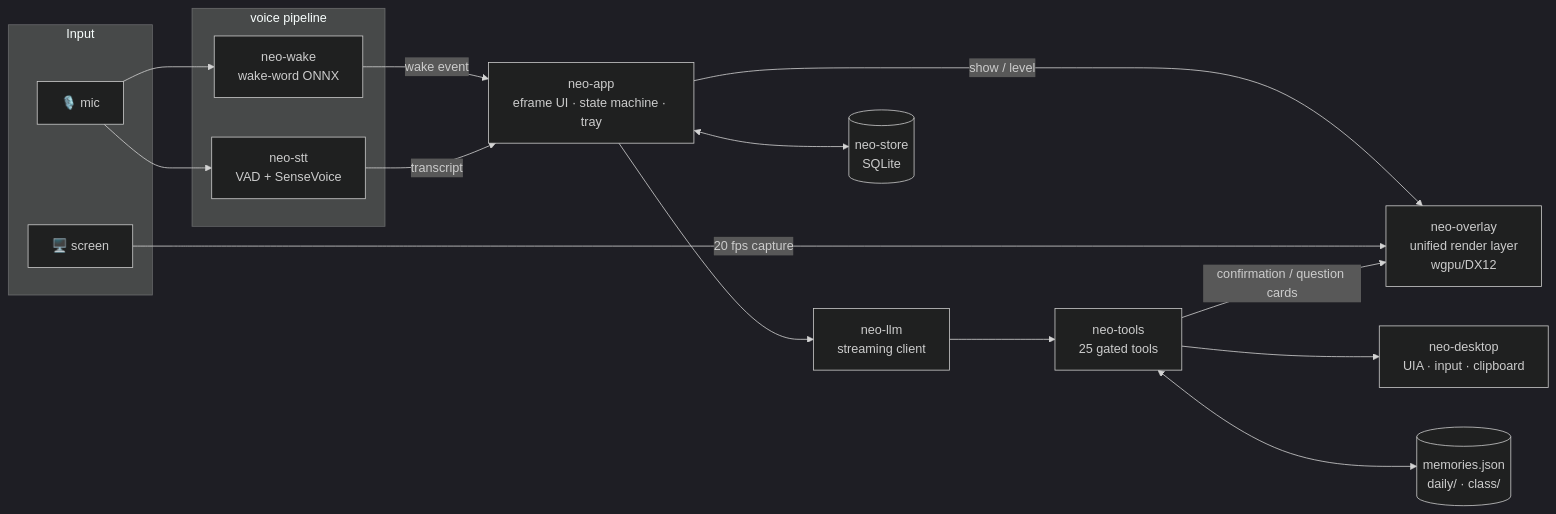
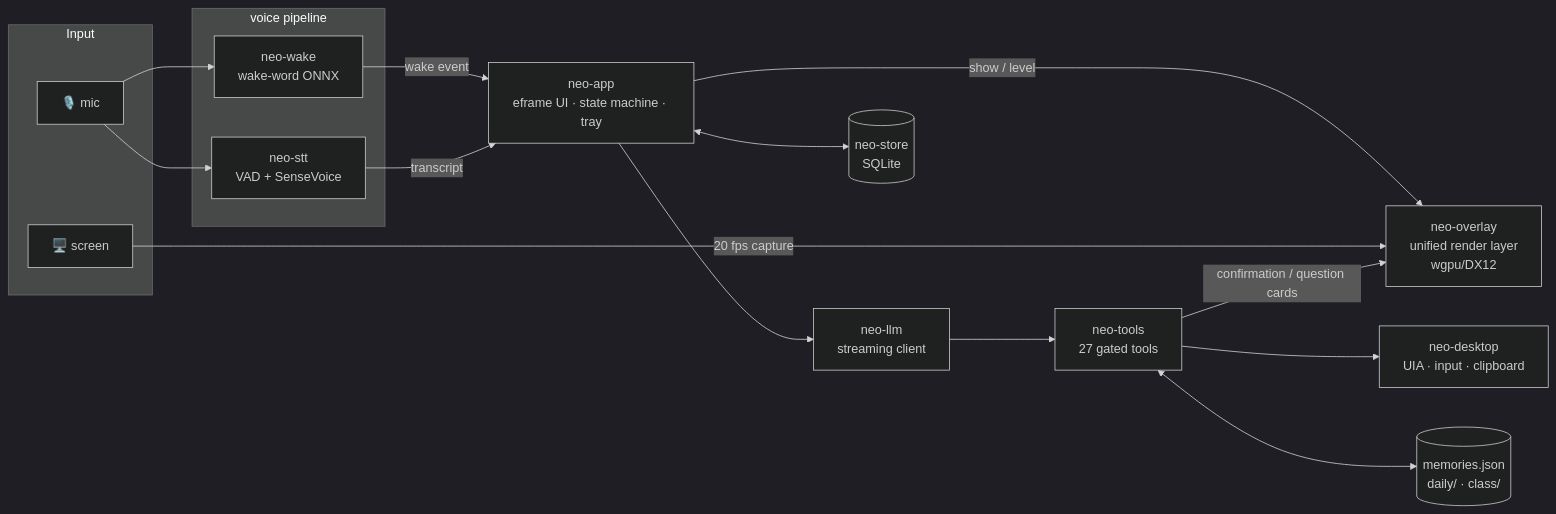
Before and after one commit to ChidcGithub/Neo: the second of 4 diagrams in README.md, drawn with Mermaid (dark theme). The commit also changed other lines of this file and 22 other files, not shown here.

````diff
--- a/README.md
+++ b/README.md
@@ -366,29 +366,29 @@
 ```mermaid
 flowchart LR
     subgraph Input
         Mic[🎙️ mic]
         Screen[🖥️ screen]
     end
 
     subgraph Voice["voice pipeline"]
         Wake[neo-wake<br/>wake-word ONNX]
         STT[neo-stt<br/>VAD + SenseVoice]
     end
 
     App[neo-app<br/>eframe UI · state machine · tray]
     Overlay[neo-overlay<br/>unified render layer<br/>wgpu/DX12]
     LLM[neo-llm<br/>streaming client]
-    Tools[neo-tools<br/>25 gated tools]
+    Tools[neo-tools<br/>27 gated tools]
     Desktop[neo-desktop<br/>UIA · input · clipboard]
     Store[(neo-store<br/>SQLite)]
     FS[(memories.json<br/>daily/ · class/)]
 
     Mic --> Wake -->|wake event| App
     Mic --> STT -->|transcript| App
     App -->|show / level| Overlay
     Screen -->|20 fps capture| Overlay
     App --> LLM --> Tools --> Desktop
     Tools -->|confirmation / question cards| Overlay
     App <--> Store
     Tools <--> FS
 ```
````
